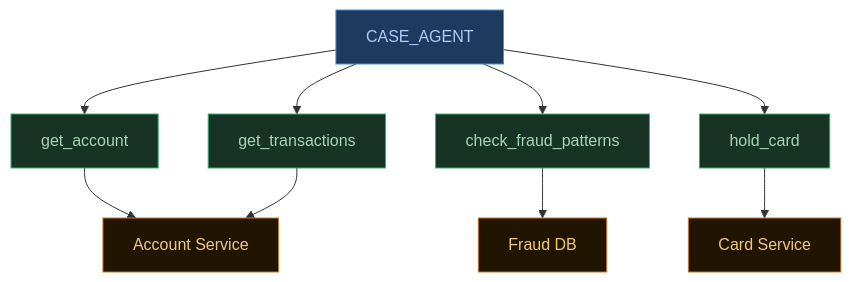
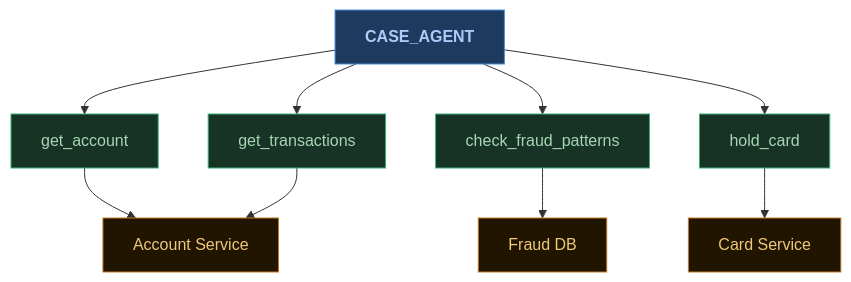
The first of 6 diagrams in slides/section4.md (jaszczook/your-next-feature-might-need-an-agent), drawn with Mermaid before and after one commit. The commit also changed other lines of this file and 7 other files, not shown here.

````diff
--- a/slides/section4.md
+++ b/slides/section4.md
@@ -21,15 +19,22 @@
 ```mermaid
 flowchart TD
-  classDef agent fill:#1e3a5f,stroke:#4a90d9,color:#aecbfa
-  classDef tool fill:#173326,stroke:#3cad72,color:#a8d5b5
-  classDef svc fill:#211500,stroke:#c47b2a,color:#f0c87a
+    CA["CASE_AGENT"]:::agent
 
-  CA["CASE_AGENT"]:::agent
-  CA --> ga["get_account"]:::tool
-  CA --> gt["get_transactions"]:::tool
-  CA --> cf["check_fraud_patterns"]:::tool
-  CA --> hc["hold_card"]:::tool
-  ga & gt --> as["Account Service"]:::svc
-  cf --> fd["Fraud DB"]:::svc
-  hc --> cs["Card Service"]:::svc
+    GA["get_account"]:::tool
+    GT["get_transactions"]:::tool
+    CFP["check_fraud_patterns"]:::tool
+    HC["hold_card"]:::tool
+
+    AS["Account Service"]:::svc
+    FDB["Fraud DB"]:::svc
+    CS["Card Service"]:::svc
+
+    CA --> GA & GT & CFP & HC
+    GA & GT --> AS
+    CFP --> FDB
+    HC --> CS
+
+    classDef agent fill:#1e3a5f,stroke:#4a90d9,color:#aecbfa,font-weight:700
+    classDef tool fill:#173326,stroke:#3cad72,color:#a8d5b5
+    classDef svc fill:#211500,stroke:#c47b2a,color:#f0c87a
 ```
````
